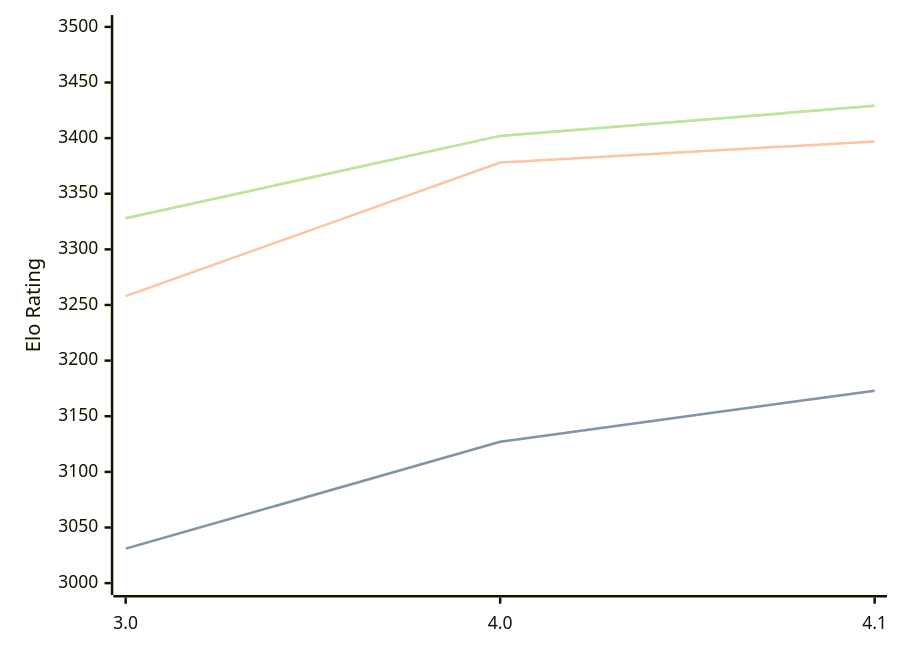
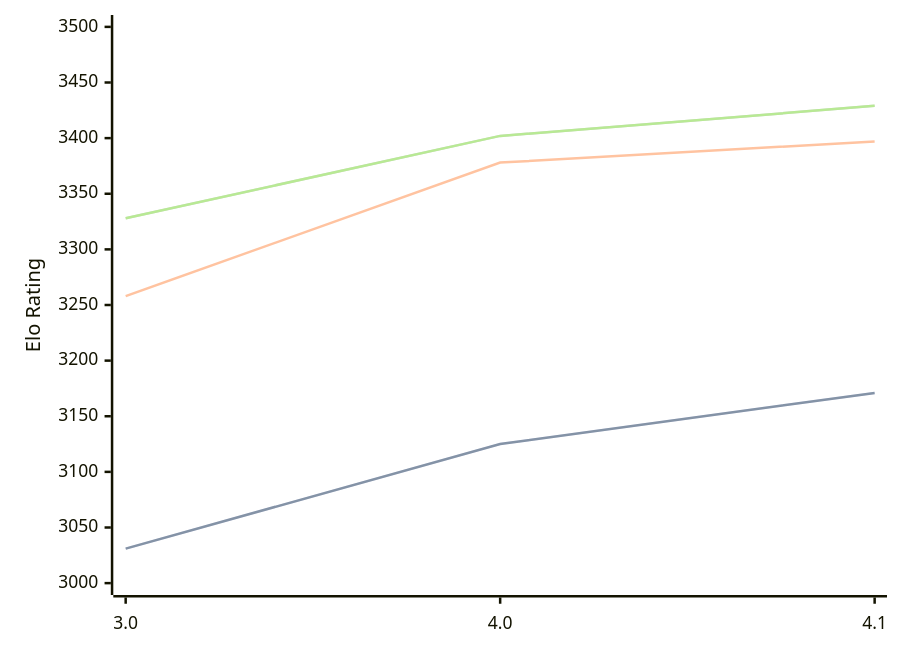
The diagram in engines/Eleanor.md (computer-chess-index/cci), drawn with Mermaid before and after one commit. The commit also changed other lines of this file, not shown here.

````diff
--- a/engines/Eleanor.md
+++ b/engines/Eleanor.md
@@ -33,11 +33,11 @@
 ```mermaid
 %%{init: {"theme":"base","themeVariables":{"seriesColors:['#a3a3a3','#222221','#faa371']}}}%%
 xychart-beta
   x-axis ["3.0", "4.0", "4.1"]
   y-axis "Elo Rating" 3000 --> 3500
-  line "" [3031, 3127, 3173]
-  line "STC (8.0+0.08s)" [3031, 3127, 3173]
+  line "" [3031, 3125, 3171]
+  line "STC (8.0+0.08s)" [3031, 3125, 3171]
   line "LTC (60.0+0.60s)" [3258, 3378, 3397]
   line "" [3328, 3402, 3429]
   line "VLTC (2m24s+1.12s)" [3328, 3402, 3429]
 ```
````
